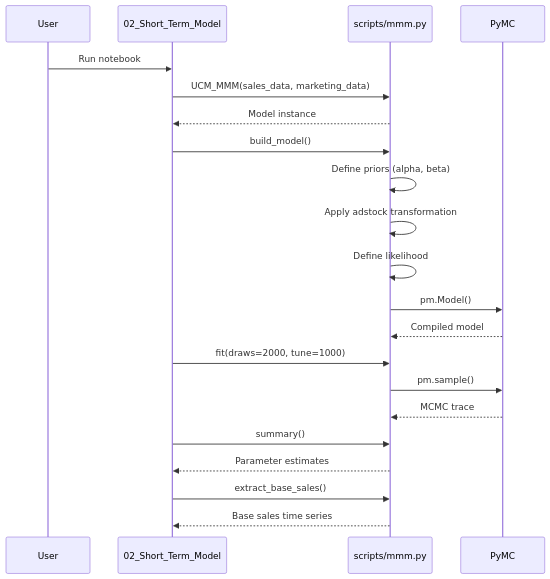
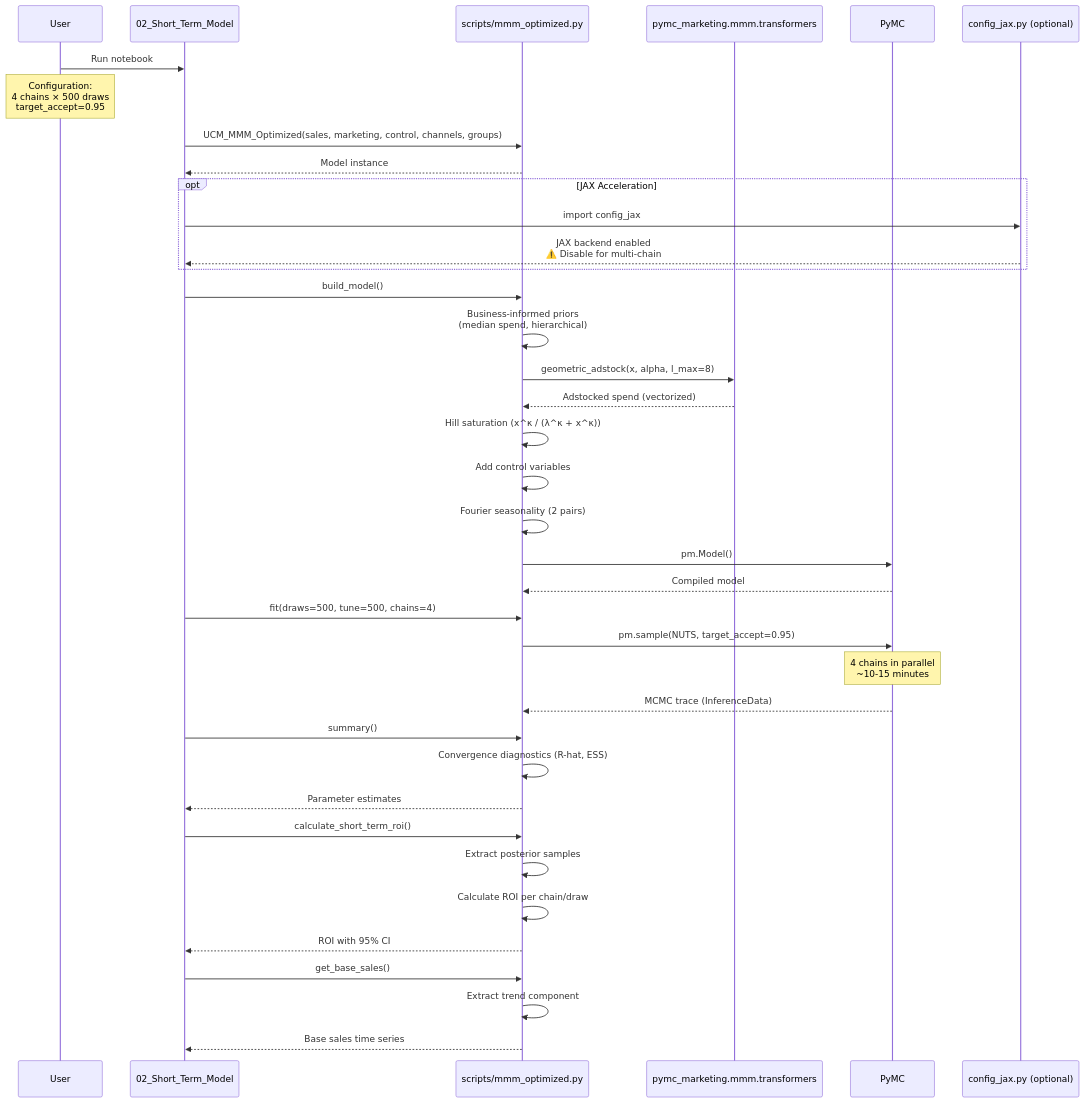
One commit to cybernexcorps/long-term-ad-effectiveness changed the third of 8 diagrams in docs/ARCHITECTURE.md. Above: the diagram before and after it, drawn with Mermaid. The commit also changed other lines of this file and 3 other files, not shown here.

````diff
--- a/docs/ARCHITECTURE.md
+++ b/docs/ARCHITECTURE.md
@@ -97,28 +158,48 @@
 ```mermaid
 sequenceDiagram
     participant User
     participant Notebook as 02_Short_Term_Model
-    participant MMM as scripts/mmm.py
+    participant MMM as scripts/mmm_optimized.py
+    participant PyMCMkt as pymc_marketing.mmm.transformers
     participant PyMC
+    participant JAX as config_jax.py (optional)
 
     User->>Notebook: Run notebook
-    Notebook->>MMM: UCM_MMM(sales_data, marketing_data)
+    Note over User: Configuration:<br/>4 chains × 500 draws<br/>target_accept=0.95
+
+    Notebook->>MMM: UCM_MMM_Optimized(sales, marketing, control, channels, groups)
     MMM-->>Notebook: Model instance
 
+    opt JAX Acceleration
+        Notebook->>JAX: import config_jax
+        JAX-->>Notebook: JAX backend enabled<br/>⚠️ Disable for multi-chain
+    end
+
     Notebook->>MMM: build_model()
-    MMM->>MMM: Define priors (alpha, beta)
-    MMM->>MMM: Apply adstock transformation
-    MMM->>MMM: Define likelihood
+    MMM->>MMM: Business-informed priors<br/>(median spend, hierarchical)
+    MMM->>PyMCMkt: geometric_adstock(x, alpha, l_max=8)
+    PyMCMkt-->>MMM: Adstocked spend (vectorized)
+    MMM->>MMM: Hill saturation (x^κ / (λ^κ + x^κ))
+    MMM->>MMM: Add control variables
+    MMM->>MMM: Fourier seasonality (2 pairs)
     MMM->>PyMC: pm.Model()
     PyMC-->>MMM: Compiled model
 
-    Notebook->>MMM: fit(draws=2000, tune=1000)
-    MMM->>PyMC: pm.sample()
-    PyMC-->>MMM: MCMC trace
+    Notebook->>MMM: fit(draws=500, tune=500, chains=4)
+    MMM->>PyMC: pm.sample(NUTS, target_accept=0.95)
+    Note over PyMC: 4 chains in parallel<br/>~10-15 minutes
+    PyMC-->>MMM: MCMC trace (InferenceData)
 
     Notebook->>MMM: summary()
+    MMM->>MMM: Convergence diagnostics (R-hat, ESS)
     MMM-->>Notebook: Parameter estimates
 
-    Notebook->>MMM: extract_base_sales()
+    Notebook->>MMM: calculate_short_term_roi()
+    MMM->>MMM: Extract posterior samples
+    MMM->>MMM: Calculate ROI per chain/draw
+    MMM-->>Notebook: ROI with 95% CI
+
+    Notebook->>MMM: get_base_sales()
+    MMM->>MMM: Extract trend component
     MMM-->>Notebook: Base sales time series
 ```
````
